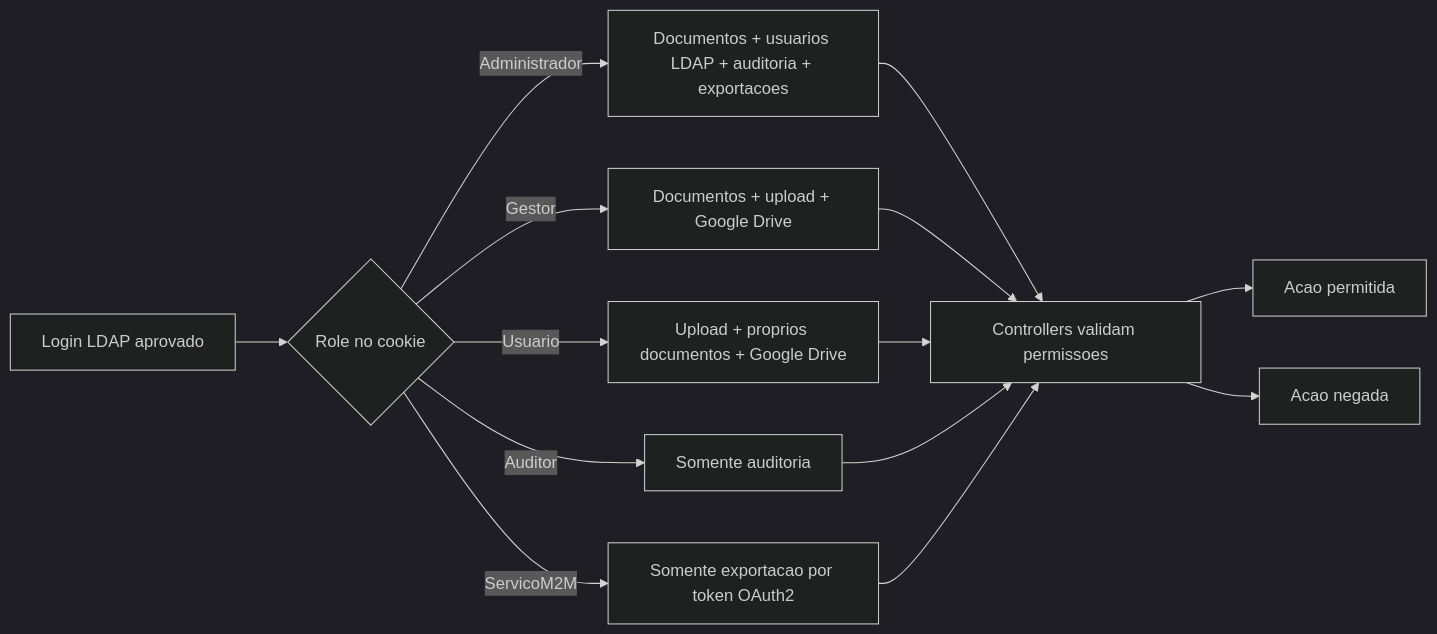
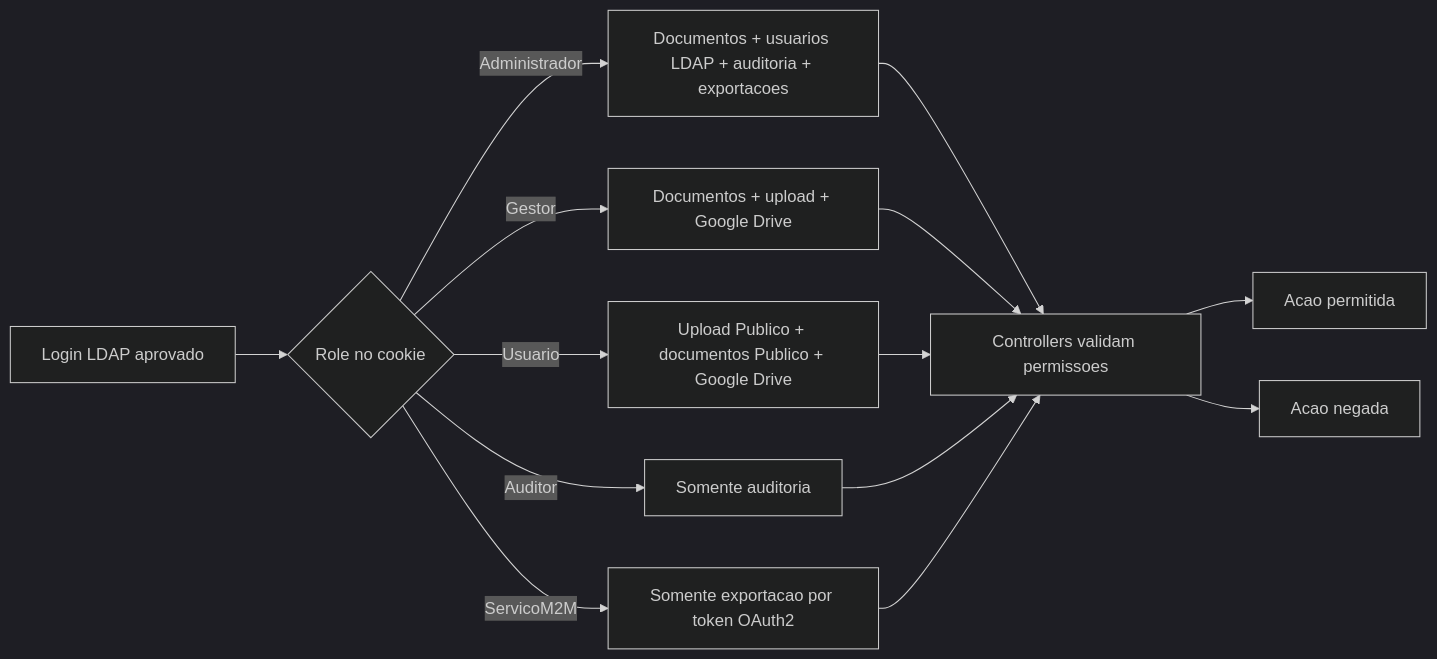
One commit to rogercaua/ProjetoIamCesar changed the second of 2 diagrams in docs/fluxograma-rbac.md. Above: the diagram before and after it, drawn with Mermaid (dark theme). The commit also changed other lines of this file and 38 other files, not shown here.

````diff
--- a/docs/fluxograma-rbac.md
+++ b/docs/fluxograma-rbac.md
@@ -24,19 +24,19 @@
 ```mermaid
 flowchart LR
     Login["Login LDAP aprovado"] --> Role{"Role no cookie"}
 
     Role -->|Administrador| Admin["Documentos + usuarios LDAP + auditoria + exportacoes"]
     Role -->|Gestor| Gestor["Documentos + upload + Google Drive"]
-    Role -->|Usuario| Usuario["Upload + proprios documentos + Google Drive"]
+    Role -->|Usuario| Usuario["Upload Publico + documentos Publico + Google Drive"]
     Role -->|Auditor| Auditor["Somente auditoria"]
     Role -->|ServicoM2M| M2M["Somente exportacao por token OAuth2"]
 
     Admin --> API["Controllers validam permissoes"]
     Gestor --> API
     Usuario --> API
     Auditor --> API
     M2M --> API
 
     API --> Permitido["Acao permitida"]
     API --> Negado["Acao negada"]
 ```
````
